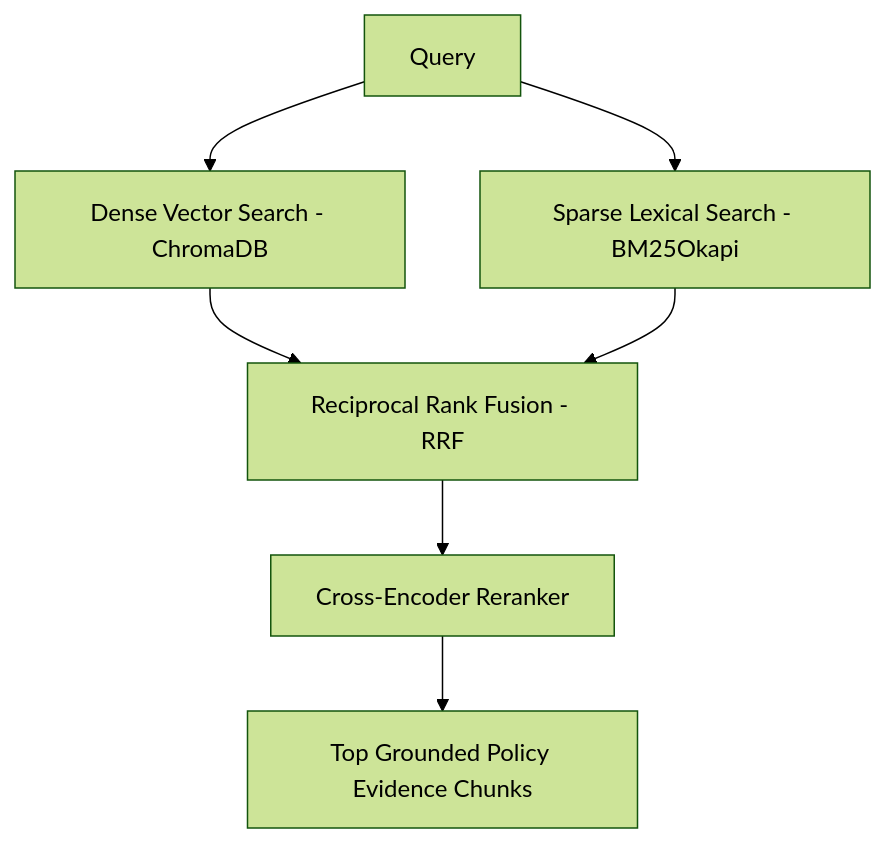
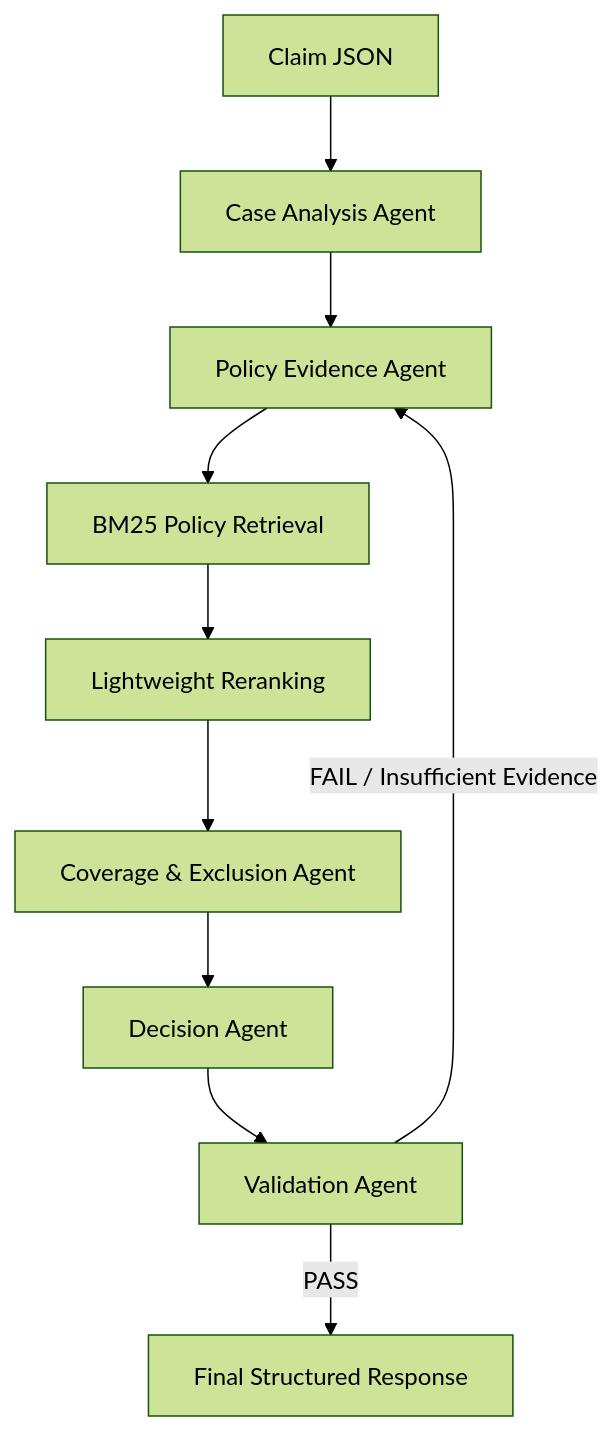
The diagram in ARCHITECTURE.md (Tajiya3030/aptino-policy-aware-multi-agent-rag-claim-engine), drawn with Mermaid (forest theme) before and after one commit. The commit also changed other lines of this file, not shown here.

Commit message:
Update architecture documentation

````diff
--- a/ARCHITECTURE.md
+++ b/ARCHITECTURE.md
@@ -58,9 +21,21 @@
 ```mermaid
 flowchart TD
-    Q[Query] --> DENSE[Dense Vector Search - ChromaDB]
-    Q --> SPARSE[Sparse Lexical Search - BM25Okapi]
-    DENSE --> RRF[Reciprocal Rank Fusion - RRF]
-    SPARSE --> RRF
-    RRF --> CE[Cross-Encoder Reranker]
-    CE --> EVIDENCE[Top Grounded Policy Evidence Chunks]
+
+    A[Claim JSON] --> B[Case Analysis Agent]
+
+    B --> C[Policy Evidence Agent]
+
+    C --> D[BM25 Policy Retrieval]
+
+    D --> E[Lightweight Reranking]
+
+    E --> F[Coverage & Exclusion Agent]
+
+    F --> G[Decision Agent]
+
+    G --> H[Validation Agent]
+
+    H -->|PASS| I[Final Structured Response]
+
+    H -->|FAIL / Insufficient Evidence| C
 ```
````
